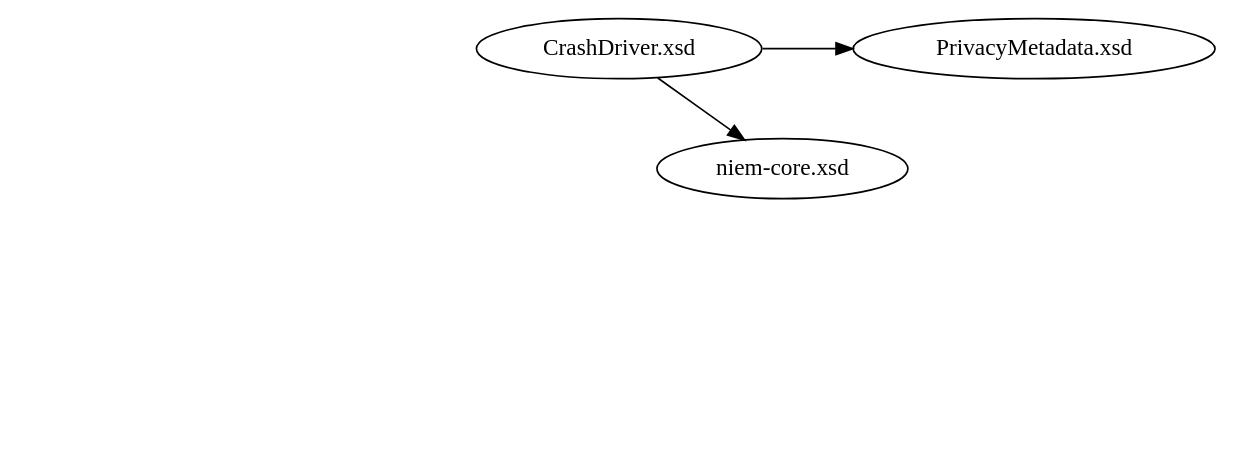
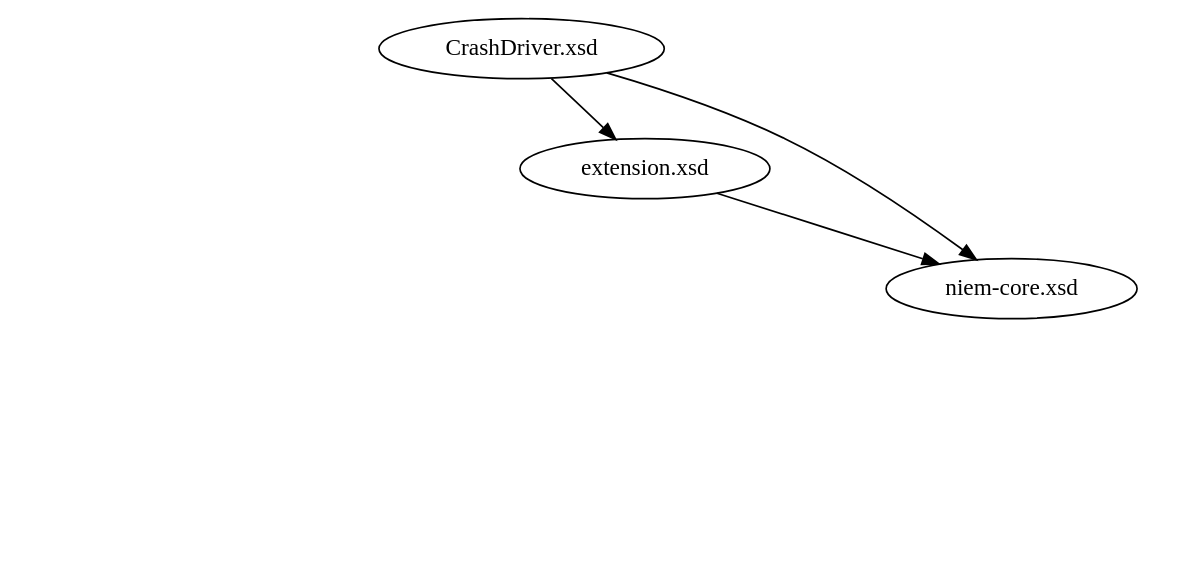
The diagram in Graphics/schema_imports_ranked_3.dot (NIEM/NIEM-Training), drawn with Graphviz before and after one commit. The commit also changed 200 other files, not shown here.

```diff
--- a/Graphics/schema_imports_ranked_3.dot
+++ b/Graphics/schema_imports_ranked_3.dot
@@ -1,72 +1,75 @@
 digraph schemas {
 
 	// layouts
     // layout="circo";
     layout="dot";
     
     // layout="fdp";
     // layout="neato";
     // layout="osage";
     // layout="patchwork";
     // layout="sfdp";
     // layout="twopi";
 
 	// extension
 
 	CrashDriver [label="CrashDriver.xsd"];
-		CrashDriver -> PrivacyMetadata;
 		CrashDriver -> niem_core;
-		CrashDriver -> jxdm[style="invis"];
-		CrashDriver -> geospatial[style="invis"];
-		CrashDriver -> niem_xs[style="invis"];
-		CrashDriver -> structures[style="invis"];
+		CrashDriver -> jxdm [style="invis"];
+		CrashDriver -> extension;
+		CrashDriver -> structures [style="invis"];
 
-	PrivacyMetadata [label="PrivacyMetadata.xsd"];
-		PrivacyMetadata -> structures [style="invis"];
+	extension [label="extension.xsd"];
+		extension -> niem_core;
+		extension -> jxdm [style="invis"];
+		extension -> geospatial [style="invis"];
+		extension -> niem_xs [style="invis"];
+		extension -> structures [style="invis"];
 
 	// external
 	gml [label="gml.xsd", style="invis"];
 		gml -> xlinks [style="invis"];
 	xlinks [label="xlinks.xsd", style="invis"];
 
 
 	structures [label="structures.xsd", style="invis"];
 
 
 	// core
 
 	niem_core [label="niem-core.xsd"];
 		niem_core -> niem_xs [style="invis"];
 		niem_core -> structures [style="invis"];
 
 	// domains
 	jxdm [label="jxdm.xsd", style="invis"];
 		jxdm -> aamva_d20 [style="invis"];
 		jxdm -> niem_core [style="invis"];
 		jxdm -> niem_xs [style="invis"];
 		jxdm -> structures [style="invis"];
 
 	// codes
 
 	aamva_d20 [label="aamva_d20.xsd", style="invis"];
 		aamva_d20 -> structures [style="invis"];
 
 	// adapters
 
 	geospatial [label="geospatial.xsd", style="invis"];
 		geospatial -> niem_core [style="invis"];
 		geospatial -> structures [style="invis"];
 		geospatial -> gml [style="invis"];
 
 	niem_xs [label="niem-xs.xsd", style="invis"];
 		niem_xs -> structures [style="invis"];
 
 	// ========================
 
-{ rank="source" CrashDriver, PrivacyMetadata }
+{ rank="source" CrashDriver }
+{ rank="same" extension }
 { rank="same" niem_core, geospatial, jxdm }
 { rank="same" aamva_d20 }
 { rank="same" gml, xlinks }
 { rank="same" structures, niem_xs }
 
 }
```
